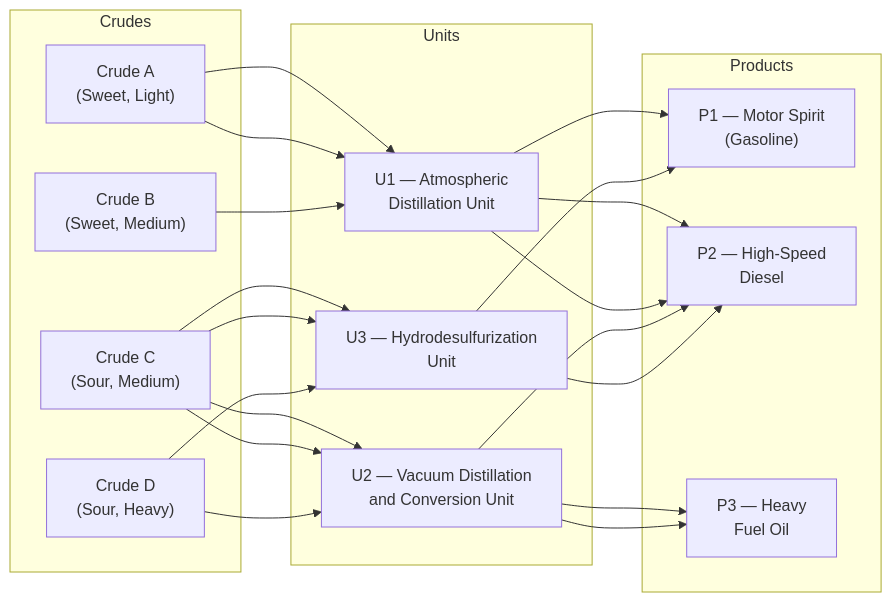
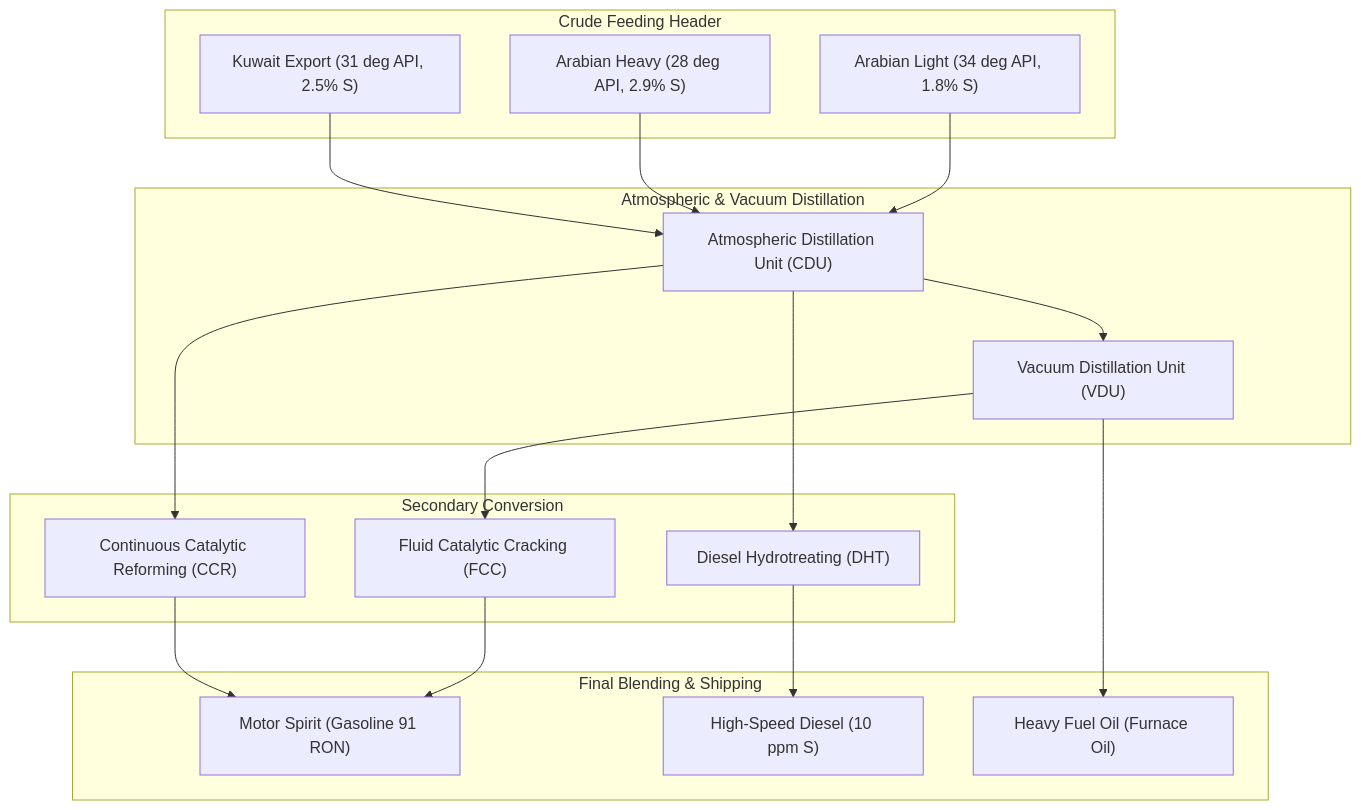
Before and after one commit to madhavansingh/Kavach-opt: diagram 18 of 21 in README.md, drawn with Mermaid. The commit also changed other lines of this file and 38 other files, not shown here.

````diff
--- a/README.md
+++ b/README.md
@@ -316,28 +1132,33 @@
 ```mermaid
-flowchart LR
-    subgraph Crudes
-        A["Crude A\n(Sweet, Light)"]
-        B["Crude B\n(Sweet, Medium)"]
-        C["Crude C\n(Sour, Medium)"]
-        D["Crude D\n(Sour, Heavy)"]
+flowchart TD
+    subgraph "Crude Feeding Header"
+        C1["Arabian Light (34 deg API, 1.8% S)"]
+        C2["Arabian Heavy (28 deg API, 2.9% S)"]
+        C3["Kuwait Export (31 deg API, 2.5% S)"]
     end
-    subgraph Units
-        U1["U1 — Atmospheric\nDistillation Unit"]
-        U2["U2 — Vacuum Distillation\nand Conversion Unit"]
-        U3["U3 — Hydrodesulfurization\nUnit"]
+
+    subgraph "Atmospheric & Vacuum Distillation"
+        CDU["Atmospheric Distillation Unit (CDU)"]
+        VDU["Vacuum Distillation Unit (VDU)"]
+        C1 --> CDU
+        C2 --> CDU
+        C3 --> CDU
+        CDU --> VDU
     end
-    subgraph Products
-        P1["P1 — Motor Spirit\n(Gasoline)"]
-        P2["P2 — High-Speed\nDiesel"]
-        P3["P3 — Heavy\nFuel Oil"]
+
+    subgraph "Secondary Conversion"
+        FCC["Fluid Catalytic Cracking (FCC)"]
+        DHT["Diesel Hydrotreating (DHT)"]
+        CCR["Continuous Catalytic Reforming (CCR)"]
+        VDU --> FCC
+        CDU --> DHT
+        CDU --> CCR
     end
-    A --> U1 --> P1
-    A --> U1 --> P2
-    B --> U1 --> P2
-    C --> U2 --> P2
-    C --> U2 --> P3
-    C --> U3 --> P1
-    C --> U3 --> P2
-    D --> U2 --> P3
-    D --> U3
+
+    subgraph "Final Blending & Shipping"
+        FCC --> GAS["Motor Spirit (Gasoline 91 RON)"]
+        CCR --> GAS
+        DHT --> DSL["High-Speed Diesel (10 ppm S)"]
+        VDU --> HFO["Heavy Fuel Oil (Furnace Oil)"]
+    end
 ```
````
